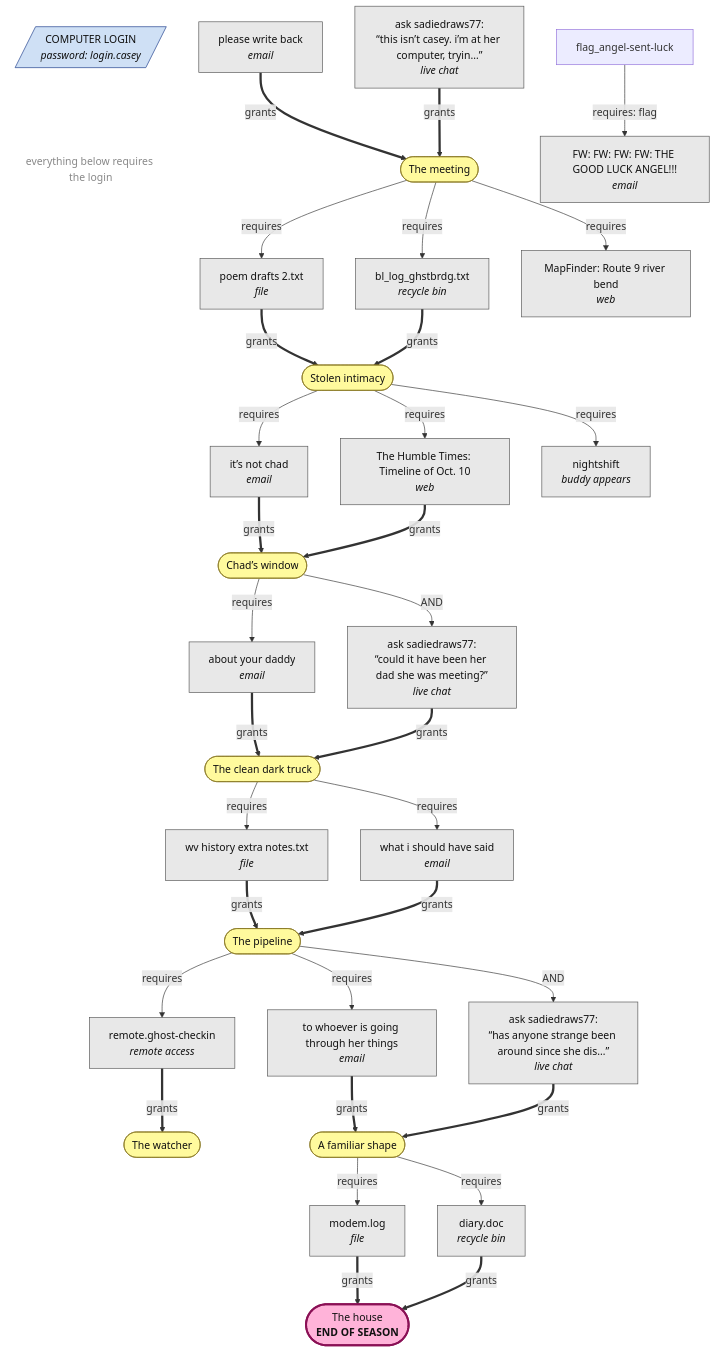
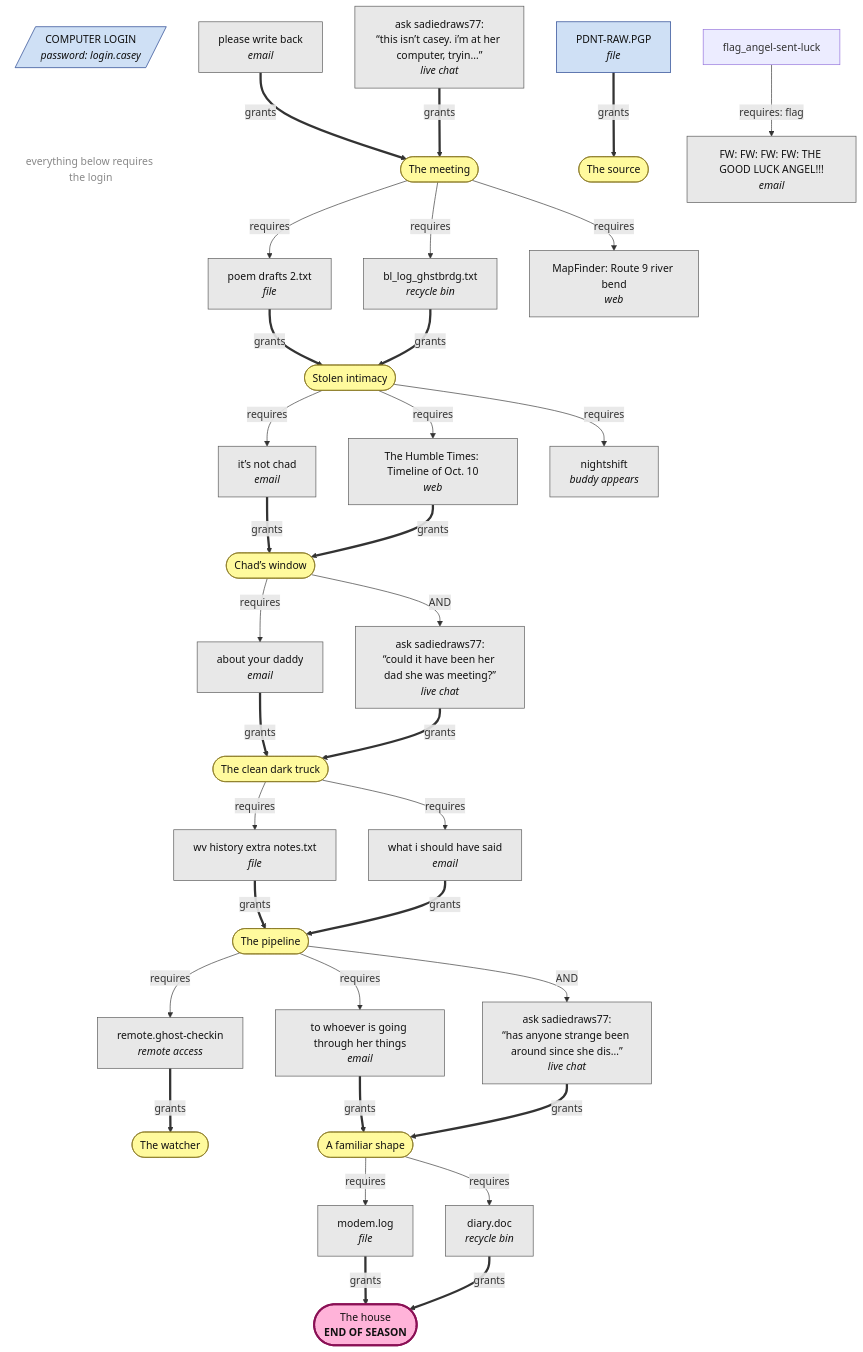
One commit to adamthedorsey/last-login changed the diagram in docs/clue-graph.md. Above: the diagram before and after it, drawn with Mermaid. The commit also changed other lines of this file and 6 other files, not shown here.

````diff
--- a/docs/clue-graph.md
+++ b/docs/clue-graph.md
@@ -9,67 +9,70 @@
 ```mermaid
 flowchart TD
   classDef discovery fill:#fffa9d,stroke:#887722,color:#111
   classDef finale fill:#ffb3d9,stroke:#8a1055,color:#111,stroke-width:3px
   classDef item fill:#e8e8e8,stroke:#555,color:#111
   classDef locked fill:#cfe0f5,stroke:#1a3a8a,color:#111
   classDef note fill:none,stroke:none,color:#888
   login[/"COMPUTER LOGIN<br/><i>password: login.casey</i>"/]:::locked
   login ~~~ loginNote["everything below requires the login"]:::note
   d_the_meeting(["The meeting"]):::discovery
   d_stolen_intimacy(["Stolen intimacy"]):::discovery
   d_chads_window(["Chad’s window"]):::discovery
   d_the_clean_truck(["The clean dark truck"]):::discovery
   d_the_pipeline(["The pipeline"]):::discovery
   d_the_watcher(["The watcher"]):::discovery
+  d_the_source(["The source"]):::discovery
   d_who_shaped(["A familiar shape"]):::discovery
   d_the_house(["The house<br/><b>END OF SEASON</b>"]):::finale
+  i_a_page["PDNT-RAW.PGP<br/><i>file</i>"]:::locked
+  i_a_page ==>|grants| d_the_source
   i_file_ledger_copy["wv history extra notes.txt<br/><i>file</i>"]:::item
   i_file_ledger_copy ==>|grants| d_the_pipeline
   d_the_clean_truck -->|requires| i_file_ledger_copy
   i_file_gb_log_oct8["poem drafts 2.txt<br/><i>file</i>"]:::item
   i_file_gb_log_oct8 ==>|grants| d_stolen_intimacy
   d_the_meeting -->|requires| i_file_gb_log_oct8
   i_file_modem_log["modem.log<br/><i>file</i>"]:::item
   i_file_modem_log ==>|grants| d_the_house
   d_who_shaped -->|requires| i_file_modem_log
   i_email_sadie_please["please write back<br/><i>email</i>"]:::item
   i_email_sadie_please ==>|grants| d_the_meeting
   i_email_angel_chain2["FW: FW: FW: FW: THE GOOD LUCK ANGEL!!!<br/><i>email</i>"]:::item
   flag_angel-sent-luck -->|requires: flag| i_email_angel_chain2
   i_email_sadie_notchad["it’s not chad<br/><i>email</i>"]:::item
   i_email_sadie_notchad ==>|grants| d_chads_window
   d_stolen_intimacy -->|requires| i_email_sadie_notchad
   i_email_ruth_yourdad["about your daddy<br/><i>email</i>"]:::item
   i_email_ruth_yourdad ==>|grants| d_the_clean_truck
   d_chads_window -->|requires| i_email_ruth_yourdad
   i_email_sam_plain["what i should have said<br/><i>email</i>"]:::item
   i_email_sam_plain ==>|grants| d_the_pipeline
   d_the_clean_truck -->|requires| i_email_sam_plain
   i_email_rebecca["to whoever is going through her things<br/><i>email</i>"]:::item
   i_email_rebecca ==>|grants| d_who_shaped
   d_the_pipeline -->|requires| i_email_rebecca
   i_trash_bl_log["bl_log_ghstbrdg.txt<br/><i>recycle bin</i>"]:::item
   i_trash_bl_log ==>|grants| d_stolen_intimacy
   d_the_meeting -->|requires| i_trash_bl_log
   i_trash_diary["diary.doc<br/><i>recycle bin</i>"]:::item
   i_trash_diary ==>|grants| d_the_house
   d_who_shaped -->|requires| i_trash_diary
   i_web_register_timeline["The Humble Times: Timeline of Oct. 10<br/><i>web</i>"]:::item
   i_web_register_timeline ==>|grants| d_chads_window
   d_stolen_intimacy -->|requires| i_web_register_timeline
   i_web_mapfinder_bend["MapFinder: Route 9 river bend<br/><i>web</i>"]:::item
   d_the_meeting -->|requires| i_web_mapfinder_bend
   b_nightshift["nightshift<br/><i>buddy appears</i>"]:::item
   d_stolen_intimacy -->|requires| b_nightshift
   c_sadiedraws77_intro["ask sadiedraws77:<br/>“this isn’t casey. i’m at her computer, tryin…”<br/><i>live chat</i>"]:::item
   c_sadiedraws77_intro ==>|grants| d_the_meeting
   c_sadiedraws77_frank["ask sadiedraws77:<br/>“could it have been her dad she was meeting?”<br/><i>live chat</i>"]:::item
   c_sadiedraws77_frank ==>|grants| d_the_clean_truck
   d_chads_window -->|AND| c_sadiedraws77_frank
   c_sadiedraws77_vigil["ask sadiedraws77:<br/>“has anyone strange been around since she dis…”<br/><i>live chat</i>"]:::item
   c_sadiedraws77_vigil ==>|grants| d_who_shaped
   d_the_pipeline -->|AND| c_sadiedraws77_vigil
   r_remote_ghost_checkin["remote.ghost-checkin<br/><i>remote access</i>"]:::item
   r_remote_ghost_checkin ==>|grants| d_the_watcher
   d_the_pipeline -->|requires| r_remote_ghost_checkin
 ```
````
